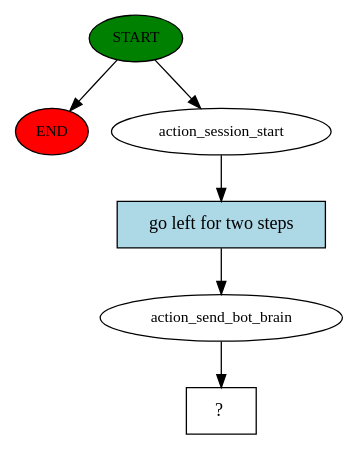
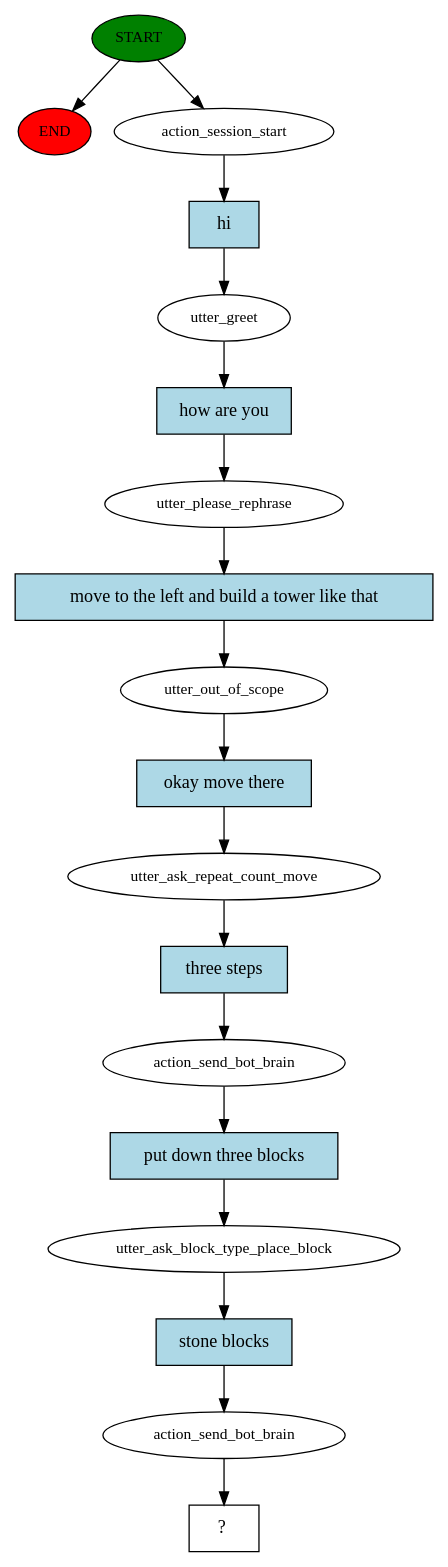
Before and after one commit to MaikePaetzel/minetest-agent: the diagram in dialog_manager/rasa_dm/story_graph.dot, drawn with Graphviz. The commit also changed 8 other files, not shown here.

```diff
--- a/dialog_manager/rasa_dm/story_graph.dot
+++ b/dialog_manager/rasa_dm/story_graph.dot
@@ -1,13 +1,37 @@
 digraph  {
 0 [class="start active", fillcolor=green, fontsize=12, label=START, style=filled];
 "-1" [class=end, fillcolor=red, fontsize=12, label=END, style=filled];
 1 [class=active, fontsize=12, label=action_session_start];
-2 [class=active, fontsize=12, label=action_send_bot_brain];
-3 [class="intent dashed active", label="  ?  ", shape=rect];
-4 [class="intent active", fillcolor=lightblue, label="go left for two steps", shape=rect, style=filled];
+2 [class=active, fontsize=12, label=utter_greet];
+3 [class=active, fontsize=12, label=utter_please_rephrase];
+4 [class=active, fontsize=12, label=utter_out_of_scope];
+5 [class=active, fontsize=12, label=utter_ask_repeat_count_move];
+6 [class=active, fontsize=12, label=action_send_bot_brain];
+7 [class=active, fontsize=12, label=utter_ask_block_type_place_block];
+8 [class=active, fontsize=12, label=action_send_bot_brain];
+9 [class="intent dashed active", label="  ?  ", shape=rect];
+10 [class="intent active", fillcolor=lightblue, label=hi, shape=rect, style=filled];
+11 [class="intent active", fillcolor=lightblue, label="how are you", shape=rect, style=filled];
+12 [class="intent active", fillcolor=lightblue, label="move to the left and build a tower like that", shape=rect, style=filled];
+13 [class="intent active", fillcolor=lightblue, label="okay move there", shape=rect, style=filled];
+14 [class="intent active", fillcolor=lightblue, label="three steps", shape=rect, style=filled];
+15 [class="intent active", fillcolor=lightblue, label="put down three blocks", shape=rect, style=filled];
+16 [class="intent active", fillcolor=lightblue, label="stone blocks", shape=rect, style=filled];
 0 -> "-1"  [class="", key=NONE, label=""];
 0 -> 1  [class=active, key=NONE, label=""];
-1 -> 4  [class=active, key=0];
-2 -> 3  [class=active, key=NONE, label=""];
-4 -> 2  [class=active, key=0];
+1 -> 10  [class=active, key=0];
+2 -> 11  [class=active, key=0];
+3 -> 12  [class=active, key=0];
+4 -> 13  [class=active, key=0];
+5 -> 14  [class=active, key=0];
+6 -> 15  [class=active, key=0];
+7 -> 16  [class=active, key=0];
+8 -> 9  [class=active, key=NONE, label=""];
+10 -> 2  [class=active, key=0];
+11 -> 3  [class=active, key=0];
+12 -> 4  [class=active, key=0];
+13 -> 5  [class=active, key=0];
+14 -> 6  [class=active, key=0];
+15 -> 7  [class=active, key=0];
+16 -> 8  [class=active, key=0];
 }
```
